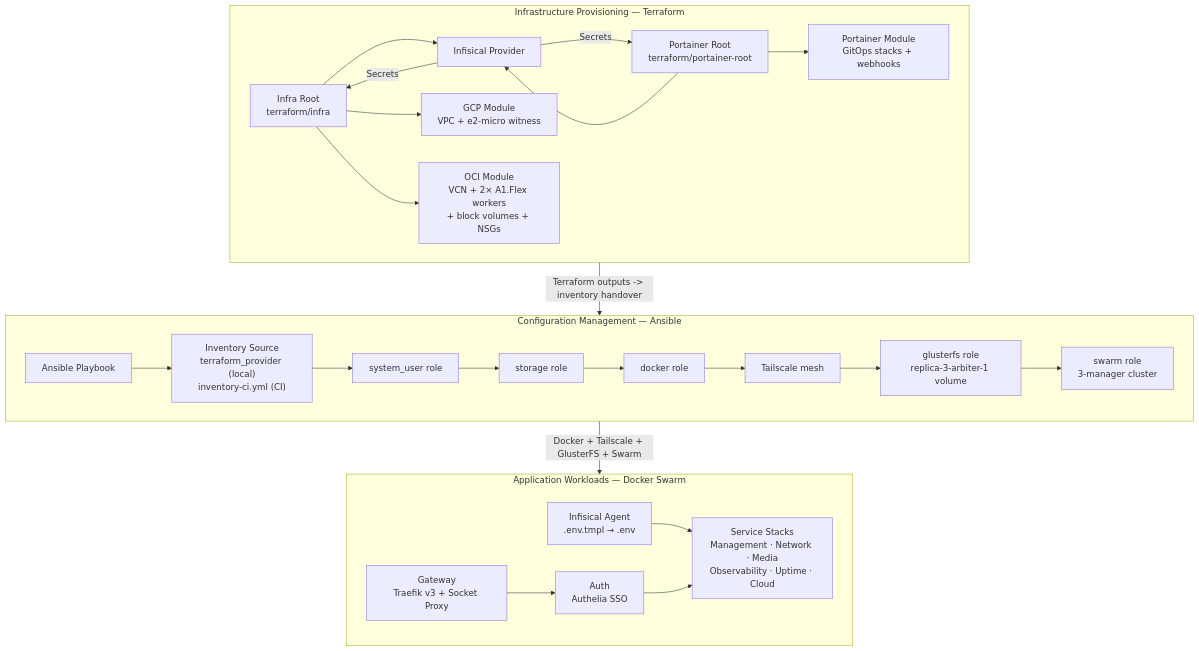
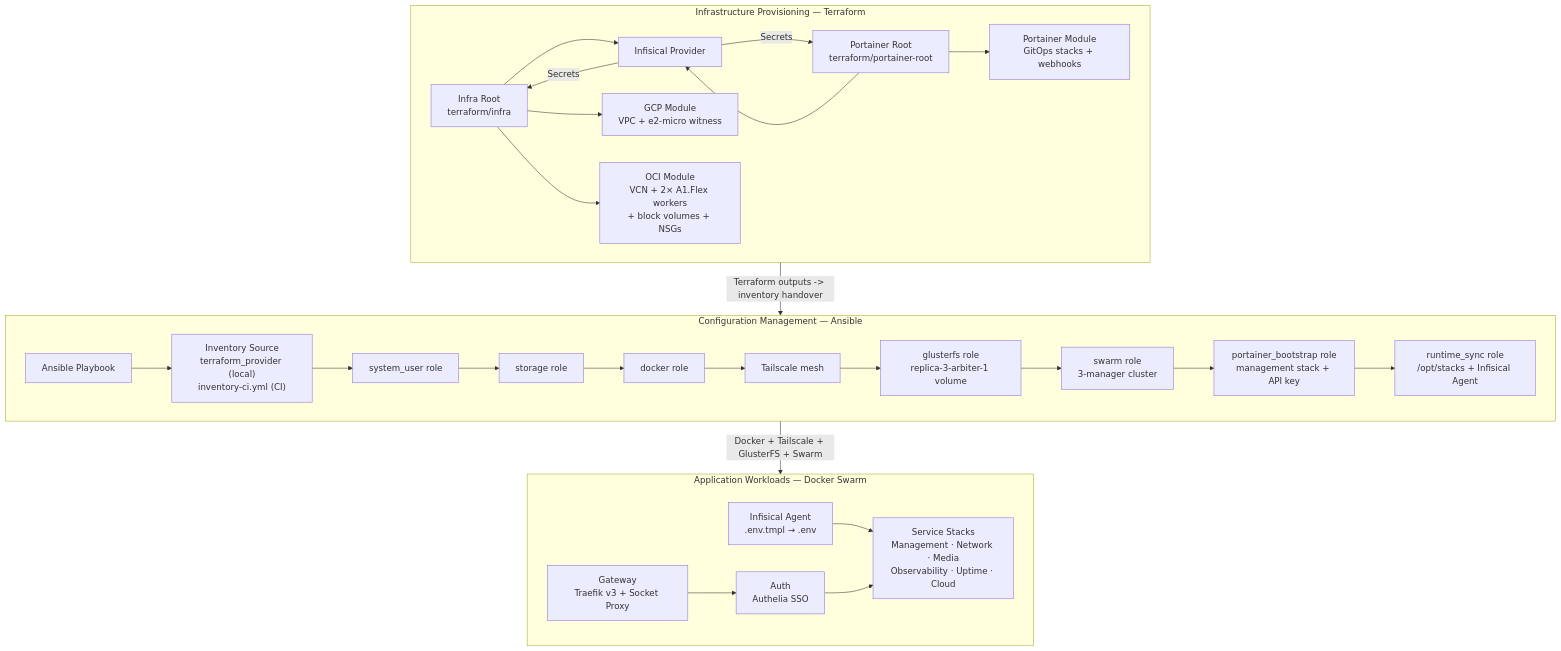
One commit to JoseStud/GoodOldMeServer changed the diagram in docs/index.md. Above: the diagram before and after it, drawn with Mermaid. The commit also changed other lines of this file and 9 other files, not shown here.

First line of the commit message:
Update documentation for Ansible playbook paths, backup strategy, deployment runbook, and network architecture

````diff
--- a/docs/index.md
+++ b/docs/index.md
@@ -46,43 +46,45 @@
 ```mermaid
 flowchart TD
     subgraph IaC [Infrastructure Provisioning — Terraform]
         TFI[Infra Root<br/>terraform/infra]
         TFP[Portainer Root<br/>terraform/portainer-root]
         INF_TF[Infisical Provider]
         GCP[GCP Module<br/>VPC + e2-micro witness]
         OCI[OCI Module<br/>VCN + 2× A1.Flex workers<br/>+ block volumes + NSGs]
         PTN[Portainer Module<br/>GitOps stacks + webhooks]
         TFI --> INF_TF
         TFP --> INF_TF
         INF_TF -->|Secrets| TFI
         INF_TF -->|Secrets| TFP
         TFI --> GCP
         TFI --> OCI
         TFP --> PTN
     end
 
     subgraph Config [Configuration Management — Ansible]
         ANS[Ansible Playbook]
         INV["Inventory Source<br/>terraform_provider (local)<br/>inventory-ci.yml (CI)"]
         USR[system_user role]
         STR[storage role]
         DOCK[docker role]
         TS[Tailscale mesh]
         GFS[glusterfs role<br/>replica-3-arbiter-1 volume]
         SWM[swarm role<br/>3-manager cluster]
+        PTB[portainer_bootstrap role<br/>management stack + API key]
+        RTS[runtime_sync role<br/>/opt/stacks + Infisical Agent]
         ANS --> INV
-        INV --> USR --> STR --> DOCK --> TS --> GFS --> SWM
+        INV --> USR --> STR --> DOCK --> TS --> GFS --> SWM --> PTB --> RTS
     end
 
     subgraph Workloads [Application Workloads — Docker Swarm]
         ISEC[Infisical Agent<br/>.env.tmpl → .env]
         GW[Gateway<br/>Traefik v3 + Socket Proxy]
         AUTH[Auth<br/>Authelia SSO]
         APPS[Service Stacks<br/>Management · Network · Media<br/>Observability · Uptime · Cloud]
         ISEC --> APPS
         GW --> AUTH --> APPS
     end
 
     IaC -->|Terraform outputs -> inventory handover| Config
     Config -->|Docker + Tailscale + GlusterFS + Swarm| Workloads
 ```
````
